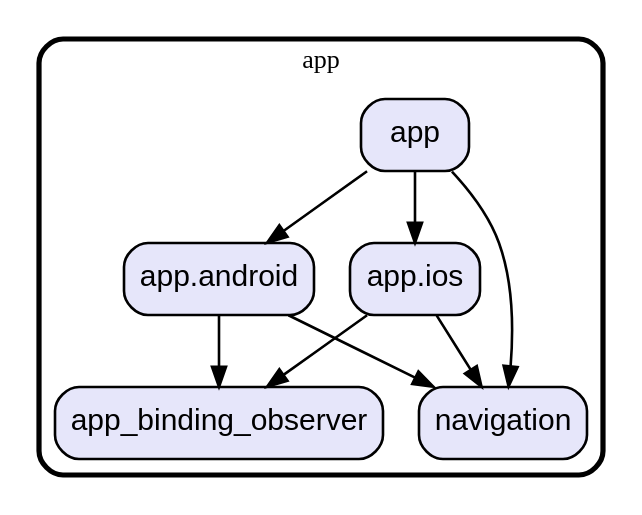
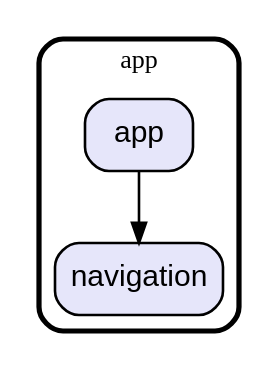
One commit to gev/reacthome-mobile changed the diagram in graph/lib/ui/app.dot. Above: the diagram before and after it, drawn with Graphviz. The commit also changed 222 other files, not shown here.

```diff
--- a/graph/lib/ui/app.dot
+++ b/graph/lib/ui/app.dot
@@ -1,25 +1,13 @@
 digraph "" {
   graph [style=rounded fontname="Arial Black" fontsize=13 penwidth=2.6];
   node [shape=rect style="filled,rounded" fontname=Arial fontsize=15 fillcolor=Lavender penwidth=1.3];
   edge [penwidth=1.3];
-  "/app.android.dart" [label="app.android"];
-  "/app_binding_observer.dart" [label="app_binding_observer"];
-  "/app.ios.dart" [label="app.ios"];
   "/navigation.dart" [label="navigation"];
   "/app.dart" [label="app"];
   subgraph "cluster~" {
     label="app";
-    "/app.android.dart";
-    "/app_binding_observer.dart";
-    "/app.ios.dart";
     "/navigation.dart";
     "/app.dart";
   }
-  "/app.android.dart" -> "/app_binding_observer.dart";
-  "/app.android.dart" -> "/navigation.dart";
-  "/app.ios.dart" -> "/app_binding_observer.dart";
-  "/app.ios.dart" -> "/navigation.dart";
-  "/app.dart" -> "/app.android.dart";
-  "/app.dart" -> "/app.ios.dart";
   "/app.dart" -> "/navigation.dart";
 }
```
